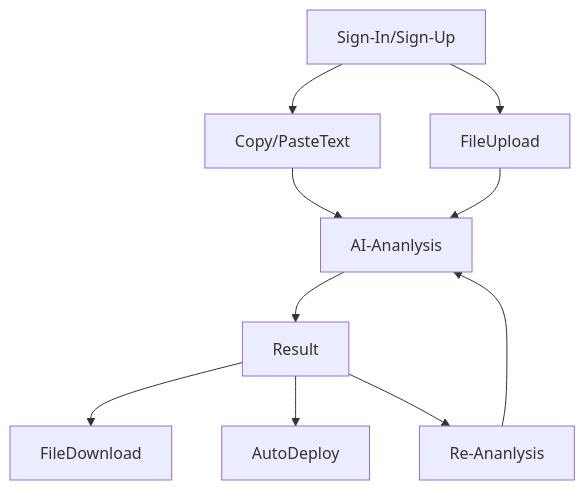
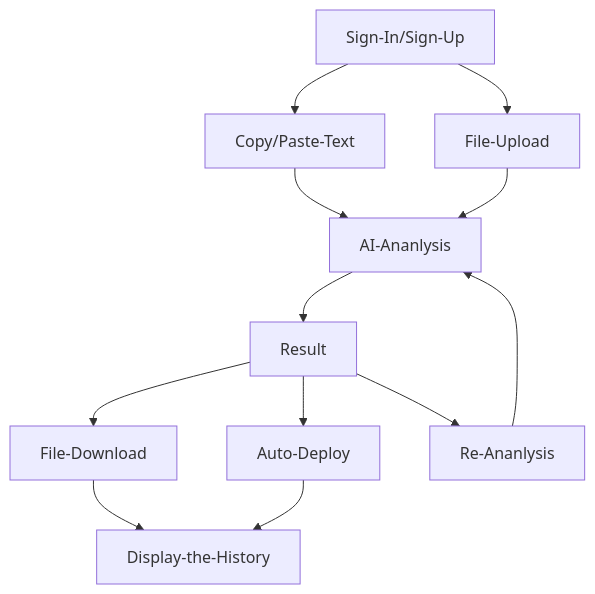
Before and after one commit to Freedteck/eth-global-various: the diagram in README.md, drawn with Mermaid.

````diff
--- a/README.md
+++ b/README.md
@@ -20,12 +20,14 @@
 ```mermaid
 graph TD;
-    Sign-In/Sign-Up-->FileUpload;
-    Sign-In/Sign-Up-->Copy/PasteText;
-    Copy/PasteText-->AI-Ananlysis;
-    FileUpload-->AI-Ananlysis;
+    Sign-In/Sign-Up-->File-Upload;
+    Sign-In/Sign-Up-->Copy/Paste-Text;
+    Copy/Paste-Text-->AI-Ananlysis;
+    File-Upload-->AI-Ananlysis;
     AI-Ananlysis-->Result;
-    Result-->FileDownload;
-    Result-->AutoDeploy;
+    Result-->File-Download;
+    Result-->Auto-Deploy;
     Result-->Re-Ananlysis;
     Re-Ananlysis-->AI-Ananlysis;
+    File-Download-->Display-the-History;
+    Auto-Deploy-->Display-the-History;
 ```
````
